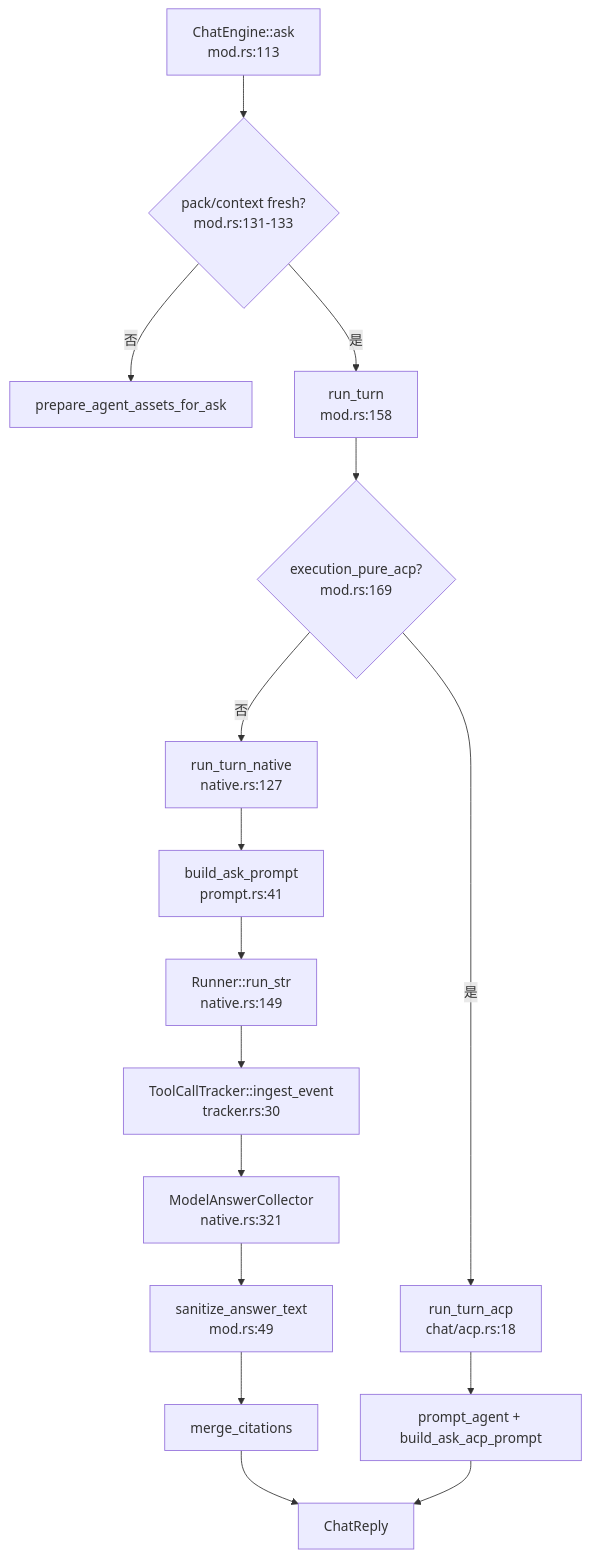
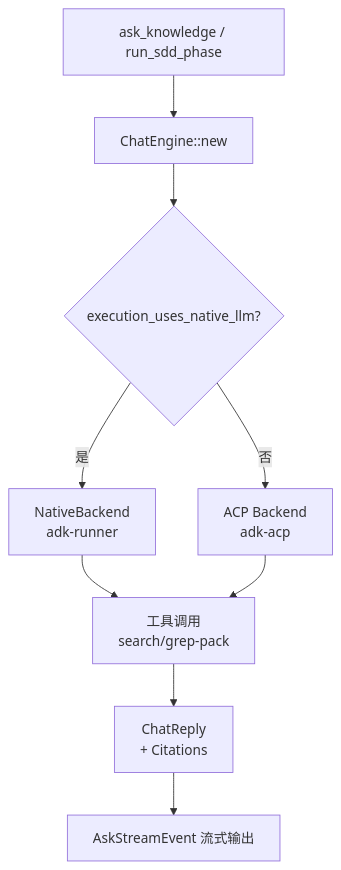
Before and after one commit to sopaco/terrain: the diagram in .terrain/human/4.Deep-Exploration/Chat引擎.md, drawn with Mermaid. The commit also changed other lines of this file and 79 other files, not shown here.

````diff
--- a/.terrain/human/4.Deep-Exploration/Chat引擎.md
+++ b/.terrain/human/4.Deep-Exploration/Chat引擎.md
@@ -47,18 +35,11 @@
 ```mermaid
 flowchart TD
-    A["ChatEngine::ask<br/>mod.rs:113"] --> B{"pack/context fresh?<br/>mod.rs:131-133"}
-    B -->|否| C["prepare_agent_assets_for_ask"]
-    B -->|是| D["run_turn<br/>mod.rs:158"]
-    D --> E{"execution_pure_acp?<br/>mod.rs:169"}
-    E -->|是| F["run_turn_acp<br/>chat/acp.rs:18"]
-    E -->|否| G["run_turn_native<br/>native.rs:127"]
-    G --> H["build_ask_prompt<br/>prompt.rs:41"]
-    H --> I["Runner::run_str<br/>native.rs:149"]
-    I --> J["ToolCallTracker::ingest_event<br/>tracker.rs:30"]
-    J --> K["ModelAnswerCollector<br/>native.rs:321"]
-    K --> L["sanitize_answer_text<br/>mod.rs:49"]
-    L --> M["merge_citations"]
-    M --> N["ChatReply"]
-    F --> O["prompt_agent + build_ask_acp_prompt"]
-    O --> N
+    A["ask_knowledge / run_sdd_phase"] --> B["ChatEngine::new"]
+    B --> C{"execution_uses_native_llm?"}
+    C -->|是| D["NativeBackend<br/>adk-runner"]
+    C -->|否| E["ACP Backend<br/>adk-acp"]
+    D --> F["工具调用<br/>search/grep-pack"]
+    E --> F
+    F --> G["ChatReply<br/>+ Citations"]
+    G --> H["AskStreamEvent 流式输出"]
 ```
````
